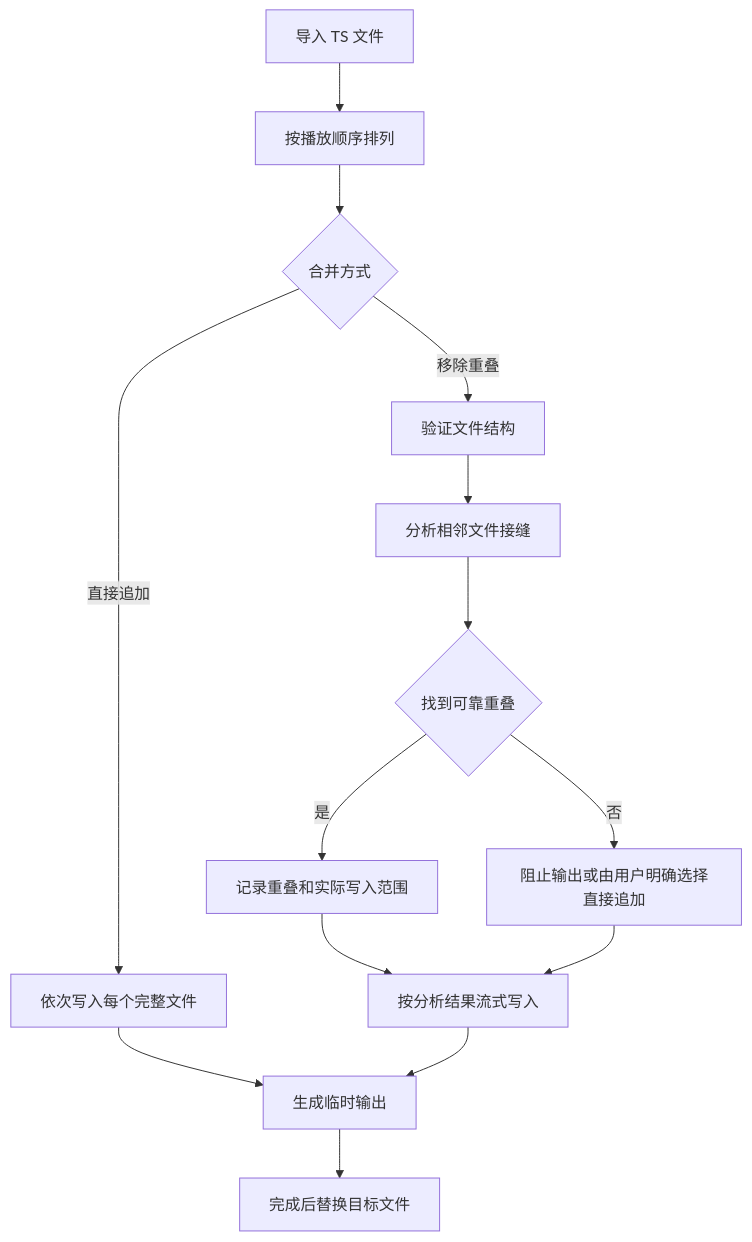
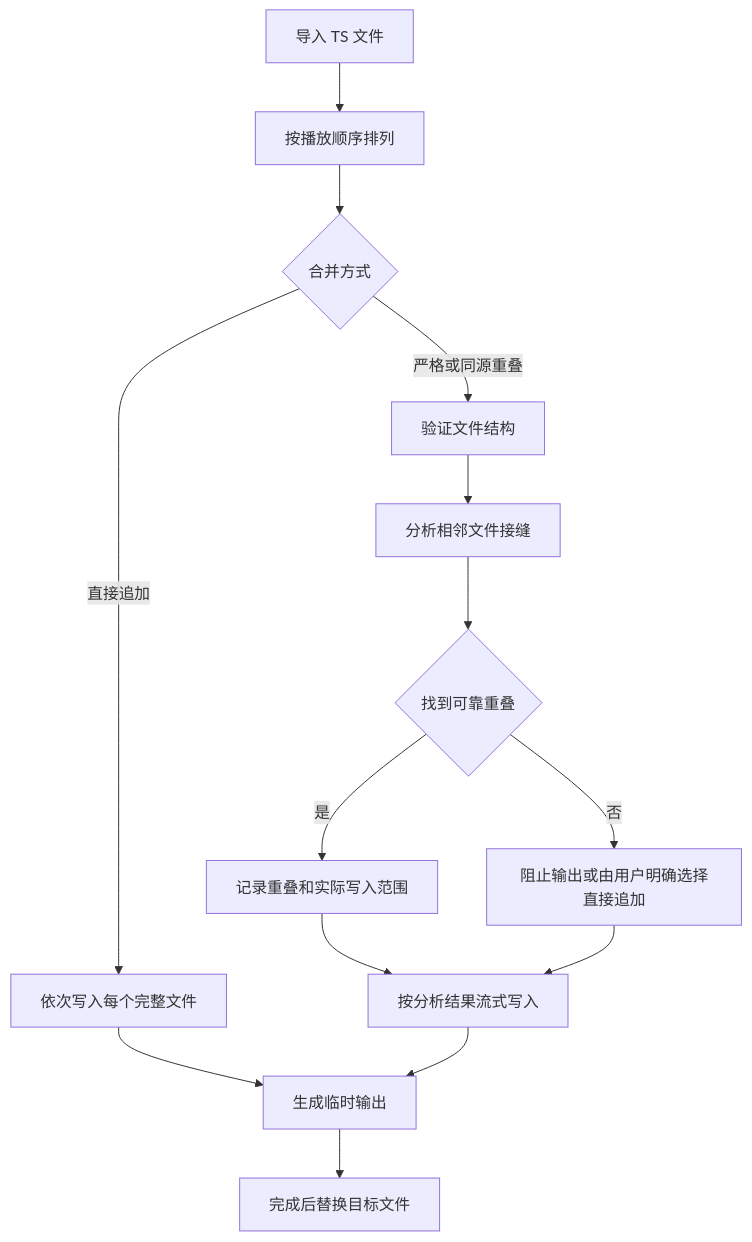
The diagram in docs/TS二进制合并设计方案.md (nilaoda/TSCutter.GUI), drawn with Mermaid before and after one commit. The commit also changed other lines of this file and 10 other files, not shown here.

````diff
--- a/docs/TS二进制合并设计方案.md
+++ b/docs/TS二进制合并设计方案.md
@@ -61,16 +69,16 @@
 ```mermaid
 flowchart TD
     A[导入 TS 文件] --> B[按播放顺序排列]
     B --> C{合并方式}
     C -->|直接追加| D[依次写入每个完整文件]
-    C -->|移除重叠| E[验证文件结构]
+    C -->|严格或同源重叠| E[验证文件结构]
     E --> F[分析相邻文件接缝]
     F --> G{找到可靠重叠}
     G -->|是| H[记录重叠和实际写入范围]
     G -->|否| I[阻止输出或由用户明确选择直接追加]
     H --> J[按分析结果流式写入]
     I --> J
     D --> K[生成临时输出]
     J --> K
     K --> L[完成后替换目标文件]
 ```
````
